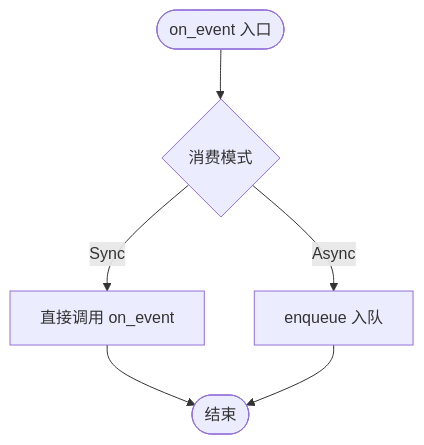
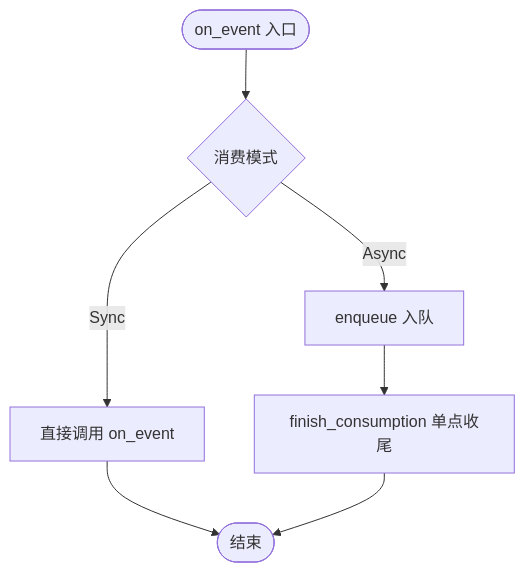
One commit to runningcoders/ai_orz changed the fourth of 8 diagrams in docs/wiki/zh/content/核心模块/AOP 事件系统/事件队列系统/事件调度器.md. Above: the diagram before and after it, drawn with Mermaid. The commit also changed other lines of this file and 37 other files, not shown here.

````diff
--- a/docs/wiki/zh/content/核心模块/AOP 事件系统/事件队列系统/事件调度器.md
+++ b/docs/wiki/zh/content/核心模块/AOP 事件系统/事件队列系统/事件调度器.md
@@ -167,8 +176,9 @@
 ```mermaid
-flowchart TD
+graph TB
 Start(["on_event 入口"]) --> Mode{"消费模式"}
 Mode --> |Sync| Direct["直接调用 on_event"]
 Mode --> |Async| Enq["enqueue 入队"]
 Direct --> End(["结束"])
-Enq --> End
+Enq --> FC["finish_consumption 单点收尾"]
+FC --> End
 ```
````
